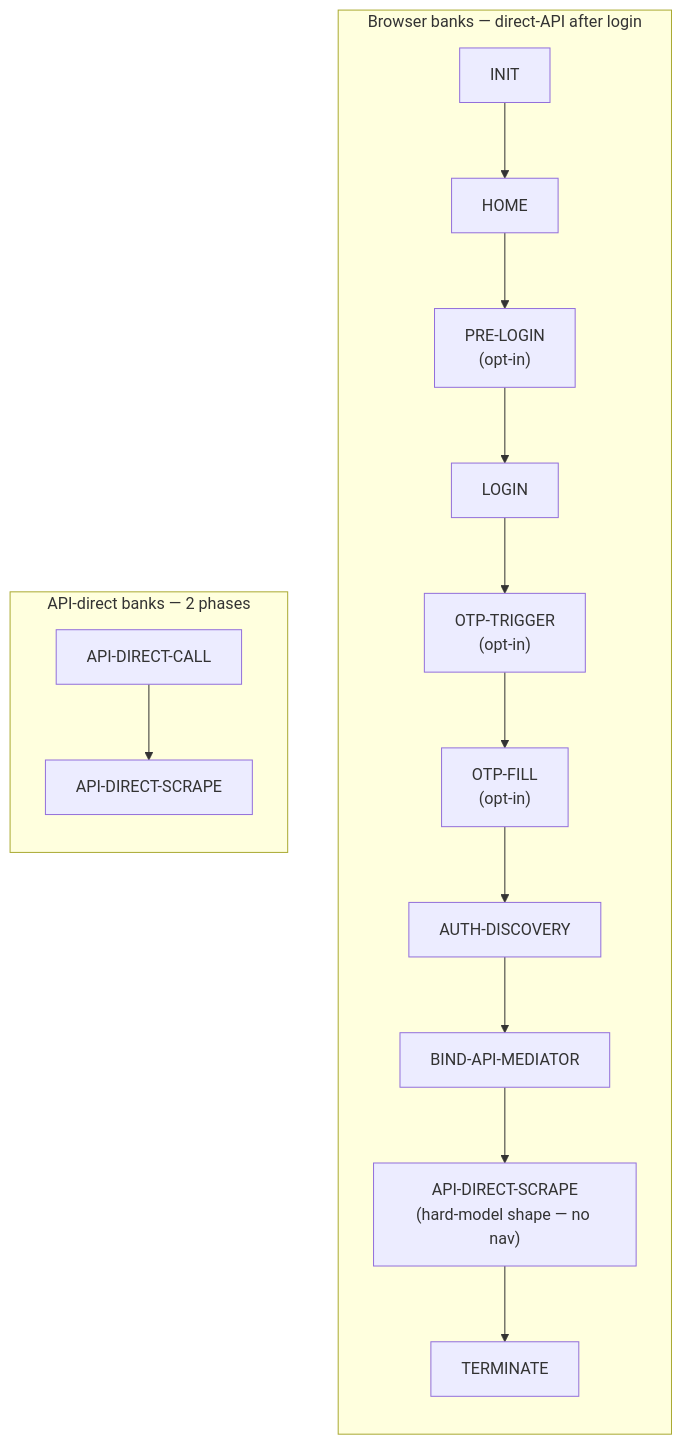
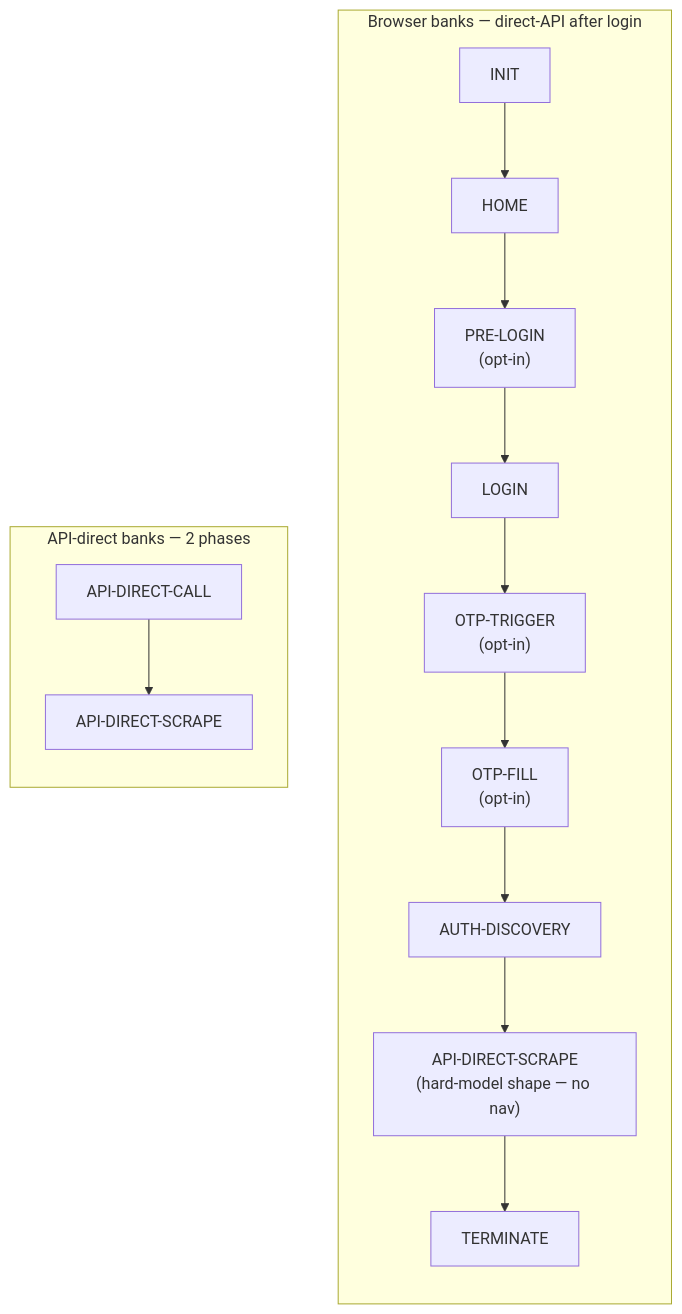
Before and after one commit to sergienko4/israeli-bank-scrapers: the diagram in docs/architecture/pipeline.md, drawn with Mermaid. The commit also changed other lines of this file and 30 other files, not shown here.

First line of the commit message:
refactor: drop browser-page API-direct path

````diff
--- a/docs/architecture/pipeline.md
+++ b/docs/architecture/pipeline.md
@@ -7,16 +7,16 @@
 ```mermaid
 flowchart TD
     subgraph "Browser banks — direct-API after login"
       direction TB
       I[INIT] --> H[HOME] --> PL["PRE-LOGIN<br/>(opt-in)"]
       PL --> L[LOGIN] --> OT["OTP-TRIGGER<br/>(opt-in)"]
       OT --> OF["OTP-FILL<br/>(opt-in)"]
-      OF --> AD[AUTH-DISCOVERY] --> BIND[BIND-API-MEDIATOR]
-      BIND --> ADS["API-DIRECT-SCRAPE<br/>(hard-model shape — no nav)"] --> T[TERMINATE]
+      OF --> AD[AUTH-DISCOVERY]
+      AD --> ADS["API-DIRECT-SCRAPE<br/>(hard-model shape — no nav)"] --> T[TERMINATE]
     end
 
     subgraph "API-direct banks — 2 phases"
       direction TB
       ADC[API-DIRECT-CALL] --> ADS2[API-DIRECT-SCRAPE]
     end
 ```
````
